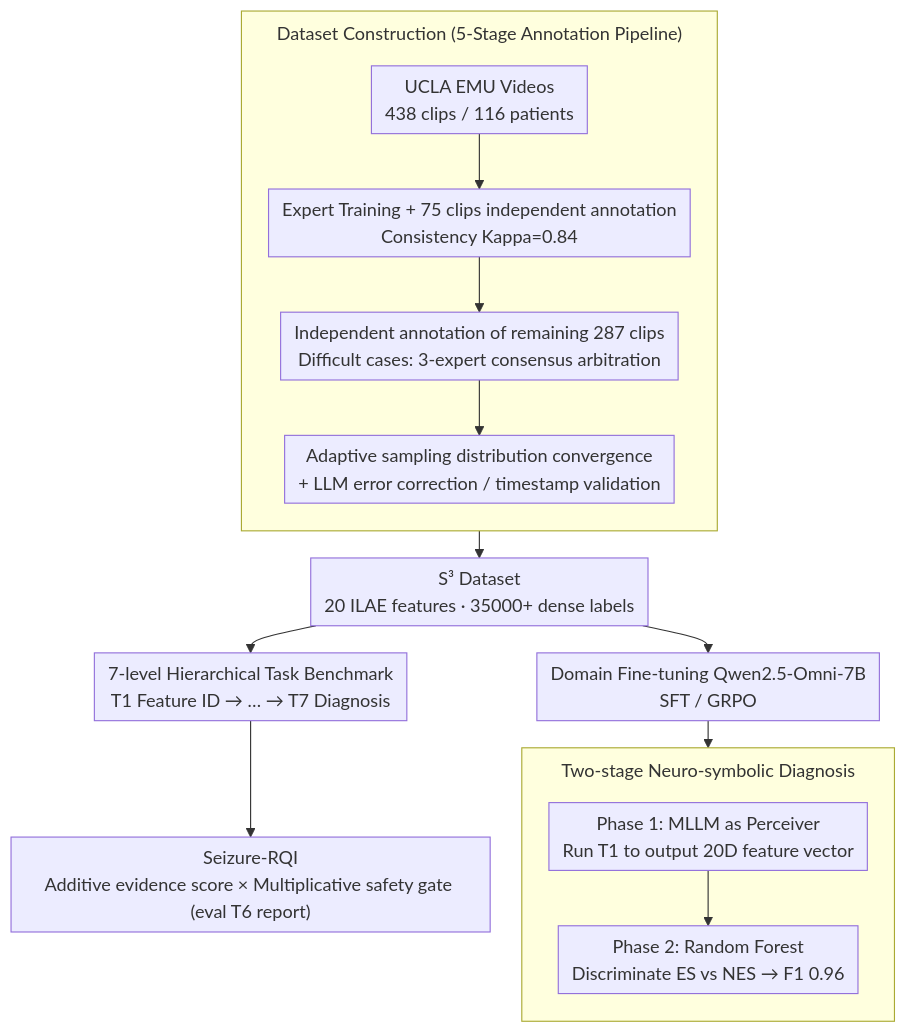
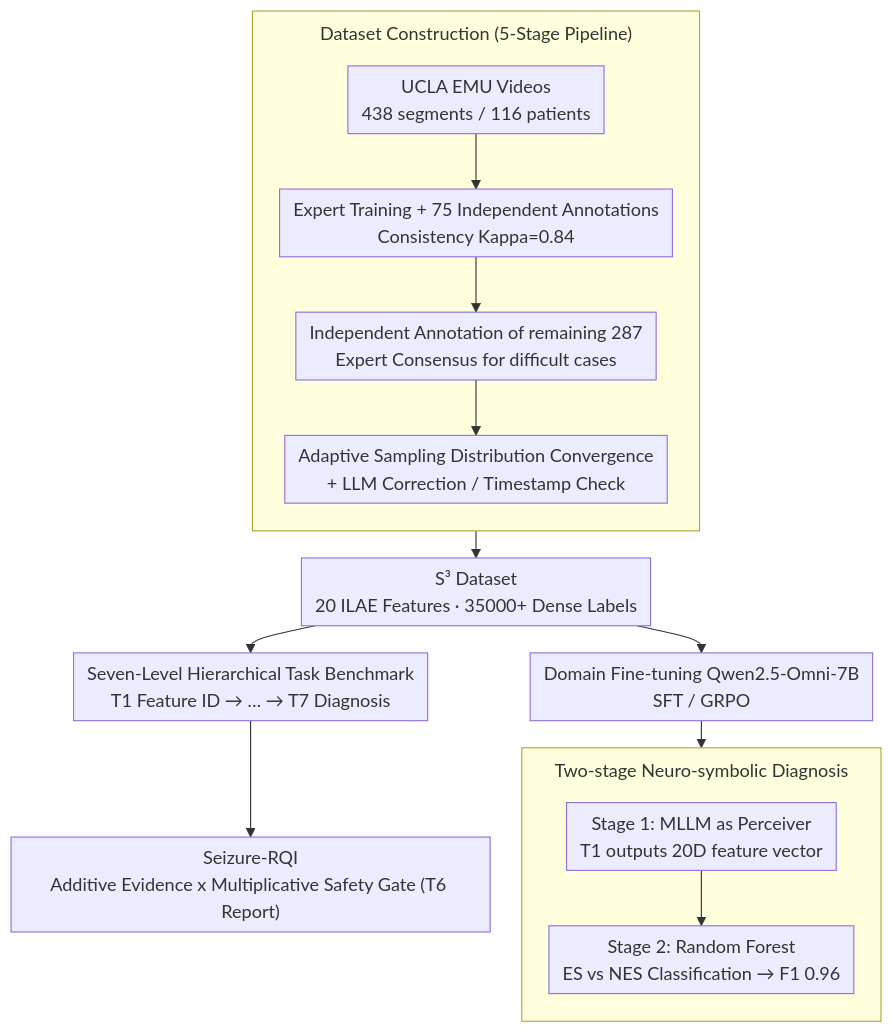
One commit to zhaoyang97/Paper-Notes-en changed the diagram in docs/ICML2026/medical_imaging/seizure-semiology-suite_s3_a_clinically_multimodal_dataset_benchmark_and_models_.md. Above: the diagram before and after it, drawn with Mermaid. The commit also changed other lines of this file and 5084 other files, not shown here.

````diff
--- a/docs/ICML2026/medical_imaging/seizure-semiology-suite_s3_a_clinically_multimodal_dataset_benchmark_and_models_.md
+++ b/docs/ICML2026/medical_imaging/seizure-semiology-suite_s3_a_clinically_multimodal_dataset_benchmark_and_models_.md
@@ -42,19 +42,19 @@
 ```mermaid
 %%{init: {'flowchart': {'rankSpacing': 24, 'nodeSpacing': 28, 'padding': 6, 'wrappingWidth': 400, 'subGraphTitleMargin': {'top': 8, 'bottom': 16}}}}%%
 flowchart TD
-    subgraph DATA["Dataset Construction (5-Stage Annotation Pipeline)"]
+    subgraph DATA["Dataset Construction (5-Stage Pipeline)"]
         direction TB
-        A["UCLA EMU Videos<br/>438 clips / 116 patients"] --> B["Expert Training + 75 clips independent annotation<br/>Consistency Kappa=0.84"]
-        B --> C["Independent annotation of remaining 287 clips<br/>Difficult cases: 3-expert consensus arbitration"]
-        C --> D["Adaptive sampling distribution convergence<br/>+ LLM error correction / timestamp validation"]
+        A["UCLA EMU Videos<br/>438 segments / 116 patients"] --> B["Expert Training + 75 Independent Annotations<br/>Consistency Kappa=0.84"]
+        B --> C["Independent Annotation of remaining 287<br/>Expert Consensus for difficult cases"]
+        C --> D["Adaptive Sampling Distribution Convergence<br/>+ LLM Correction / Timestamp Check"]
     end
-    DATA --> F["S³ Dataset<br/>20 ILAE features · 35000+ dense labels"]
-    F --> G["7-level Hierarchical Task Benchmark<br/>T1 Feature ID → … → T7 Diagnosis"]
-    G --> H["Seizure-RQI<br/>Additive evidence score × Multiplicative safety gate (eval T6 report)"]
+    DATA --> F["S³ Dataset<br/>20 ILAE Features · 35000+ Dense Labels"]
+    F --> G["Seven-Level Hierarchical Task Benchmark<br/>T1 Feature ID → … → T7 Diagnosis"]
+    G --> H["Seizure-RQI<br/>Additive Evidence x Multiplicative Safety Gate (T6 Report)"]
     F --> I["Domain Fine-tuning Qwen2.5-Omni-7B<br/>SFT / GRPO"]
     subgraph NS["Two-stage Neuro-symbolic Diagnosis"]
         direction TB
-        K["Phase 1: MLLM as Perceiver<br/>Run T1 to output 20D feature vector"] --> L["Phase 2: Random Forest<br/>Discriminate ES vs NES → F1 0.96"]
+        K["Stage 1: MLLM as Perceiver<br/>T1 outputs 20D feature vector"] --> L["Stage 2: Random Forest<br/>ES vs NES Classification → F1 0.96"]
     end
     I --> NS
 ```
````
